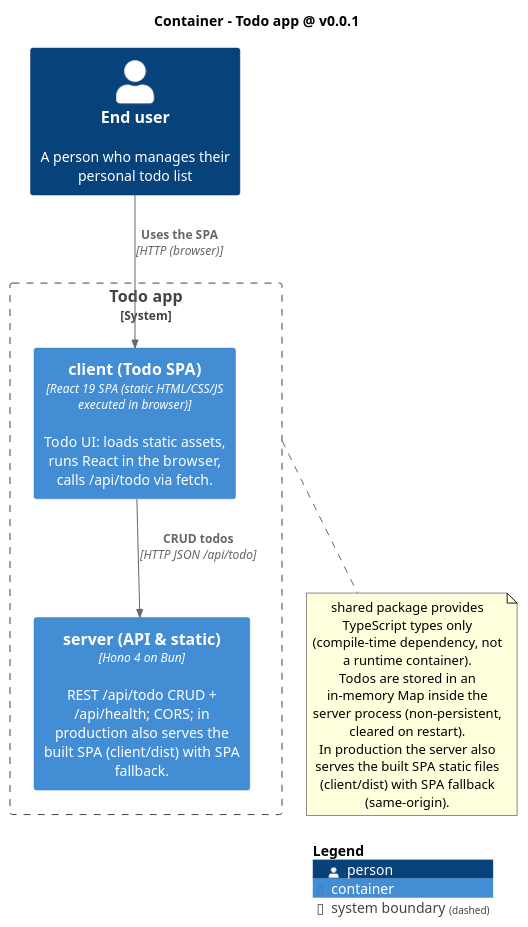
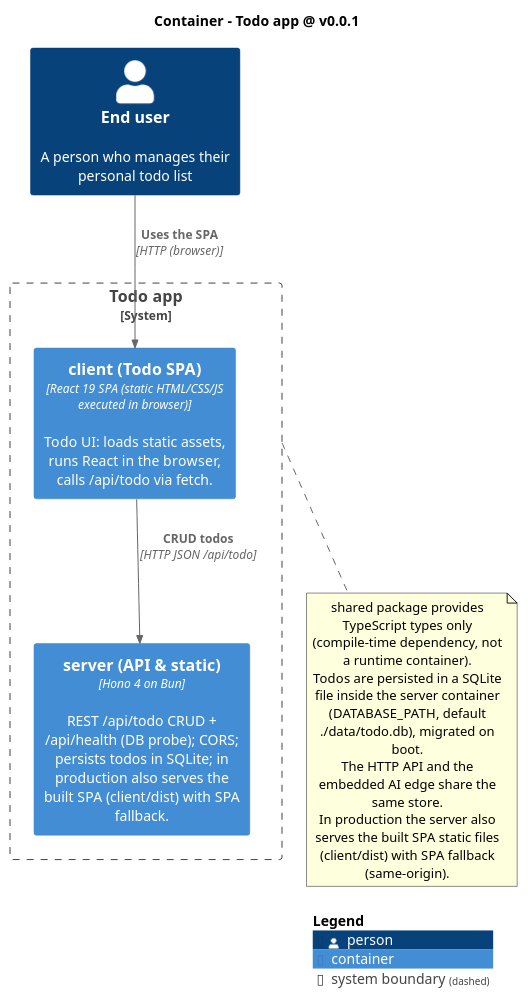
The diagram in docs/architecture/diagrams/02-container.puml (MemoryIt/todo), drawn with PlantUML before and after one commit. The commit also changed 8 other files, not shown here.

First line of the commit message:
docs: describe SQLite persistence in READMEs and C4 diagrams

```diff
--- a/docs/architecture/diagrams/02-container.puml
+++ b/docs/architecture/diagrams/02-container.puml
@@ -1,22 +1,23 @@
 @startuml
 !include <C4/C4_Container>
 title Container - Todo app @ v0.0.1
 
 Person(user, "End user", "A person who manages their personal todo list")
 
 System_Boundary(b, "Todo app") {
   Container(client, "client (Todo SPA)", "React 19 SPA (static HTML/CSS/JS executed in browser)", "Todo UI: loads static assets, runs React in the browser, calls /api/todo via fetch.")
-  Container(server, "server (API & static)", "Hono 4 on Bun", "REST /api/todo CRUD + /api/health; CORS; in production also serves the built SPA (client/dist) with SPA fallback.")
+  Container(server, "server (API & static)", "Hono 4 on Bun", "REST /api/todo CRUD + /api/health (DB probe); CORS; persists todos in SQLite; in production also serves the built SPA (client/dist) with SPA fallback.")
 }
 
 Rel(user, client, "Uses the SPA", "HTTP (browser)")
 Rel(client, server, "CRUD todos", "HTTP JSON /api/todo")
 
 note bottom of b
   shared package provides TypeScript types only (compile-time dependency, not a runtime container).
-  Todos are stored in an in-memory Map inside the server process (non-persistent, cleared on restart).
+  Todos are persisted in a SQLite file inside the server container (DATABASE_PATH, default ./data/todo.db), migrated on boot.
+  The HTTP API and the embedded AI edge share the same store.
   In production the server also serves the built SPA static files (client/dist) with SPA fallback (same-origin).
 end note
 
 SHOW_LEGEND()
 @enduml
```
